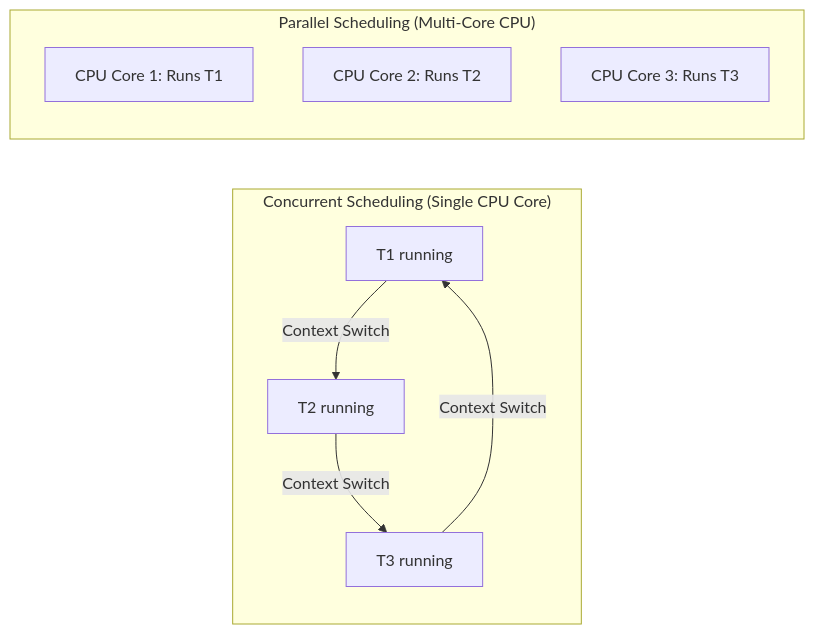
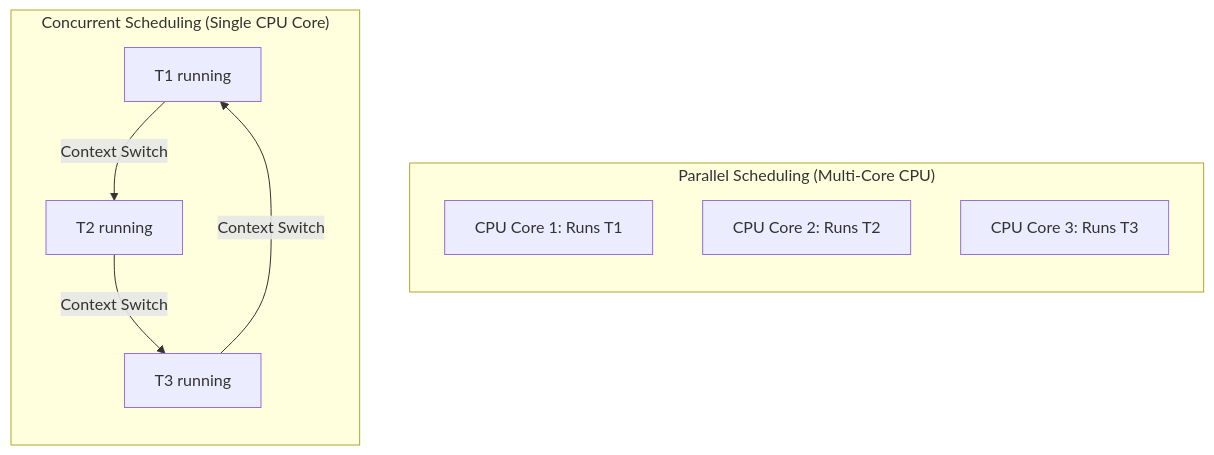
One commit to rohithgowda18/Notes changed diagram 11 of 18 in 02-DBMS/Transactions-and-Concurrency-Control.md. Above: the diagram before and after it, drawn with Mermaid. The commit also changed other lines of this file and 15 other files, not shown here.

Commit message:
docs: audit Mermaid diagrams, optimize side-by-side layouts, and deduplicate DBMS advanced notes

````diff
--- a/02-DBMS/Transactions-and-Concurrency-Control.md
+++ b/02-DBMS/Transactions-and-Concurrency-Control.md
@@ -327,16 +317,18 @@
 ```mermaid
 flowchart LR
     subgraph ConcurrentScheduling ["Concurrent Scheduling (Single CPU Core)"]
         direction TB
         C1["T1 running"] -->|"Context Switch"| C2["T2 running"]
         C2 -->|"Context Switch"| C3["T3 running"]
         C3 -->|"Context Switch"| C1
     end
 
+    ConcurrentScheduling ~~~ ParallelScheduling
+
     subgraph ParallelScheduling ["Parallel Scheduling (Multi-Core CPU)"]
         direction TB
         P1["CPU Core 1: Runs T1"]
         P2["CPU Core 2: Runs T2"]
         P3["CPU Core 3: Runs T3"]
     end
 ```
````
